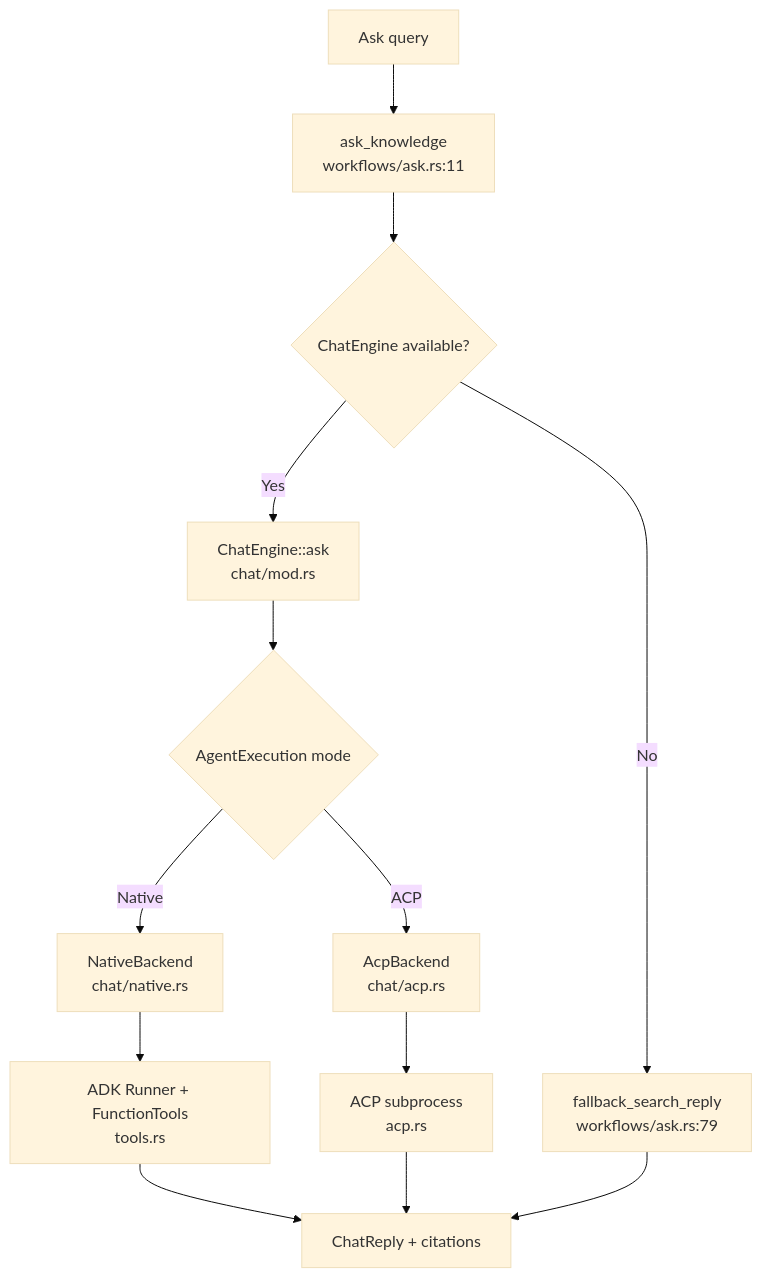
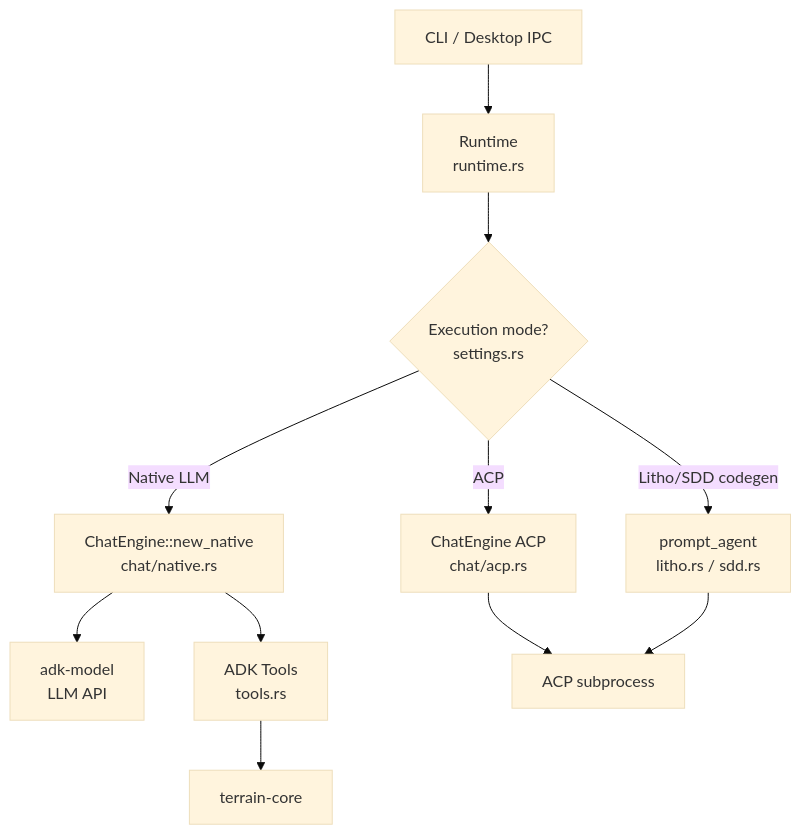
Before and after one commit to sopaco/terrain: the diagram in .terrain/human/4.Deep-Exploration/terrain-agent.md, drawn with Mermaid (base theme). The commit also changed other lines of this file and 12 other files, not shown here.

````diff
--- a/.terrain/human/4.Deep-Exploration/terrain-agent.md
+++ b/.terrain/human/4.Deep-Exploration/terrain-agent.md
@@ -50,15 +50,13 @@
 ```mermaid
 flowchart TD
-    A["Ask query"] --> B["ask_knowledge<br/>workflows/ask.rs:11"]
-    B --> C{"ChatEngine available?"}
-    C -->|No| D["fallback_search_reply<br/>workflows/ask.rs:79"]
-    C -->|Yes| E["ChatEngine::ask<br/>chat/mod.rs"]
-    E --> F{"AgentExecution mode"}
-    F -->|Native| G["NativeBackend<br/>chat/native.rs"]
-    F -->|ACP| H["AcpBackend<br/>chat/acp.rs"]
-    G --> I["ADK Runner + FunctionTools<br/>tools.rs"]
-    H --> J["ACP subprocess<br/>acp.rs"]
-    I --> K["ChatReply + citations"]
-    J --> K
-    D --> K
+    A["CLI / Desktop IPC"] --> B["Runtime<br/>runtime.rs"]
+    B --> C{"Execution mode?<br/>settings.rs"}
+    C -->|Native LLM| D["ChatEngine::new_native<br/>chat/native.rs"]
+    C -->|ACP| E["ChatEngine ACP<br/>chat/acp.rs"]
+    C -->|Litho/SDD codegen| F["prompt_agent<br/>litho.rs / sdd.rs"]
+    D --> G["adk-model<br/>LLM API"]
+    E --> H["ACP subprocess"]
+    F --> H
+    D --> I["ADK Tools<br/>tools.rs"]
+    I --> J["terrain-core"]
 ```
````
